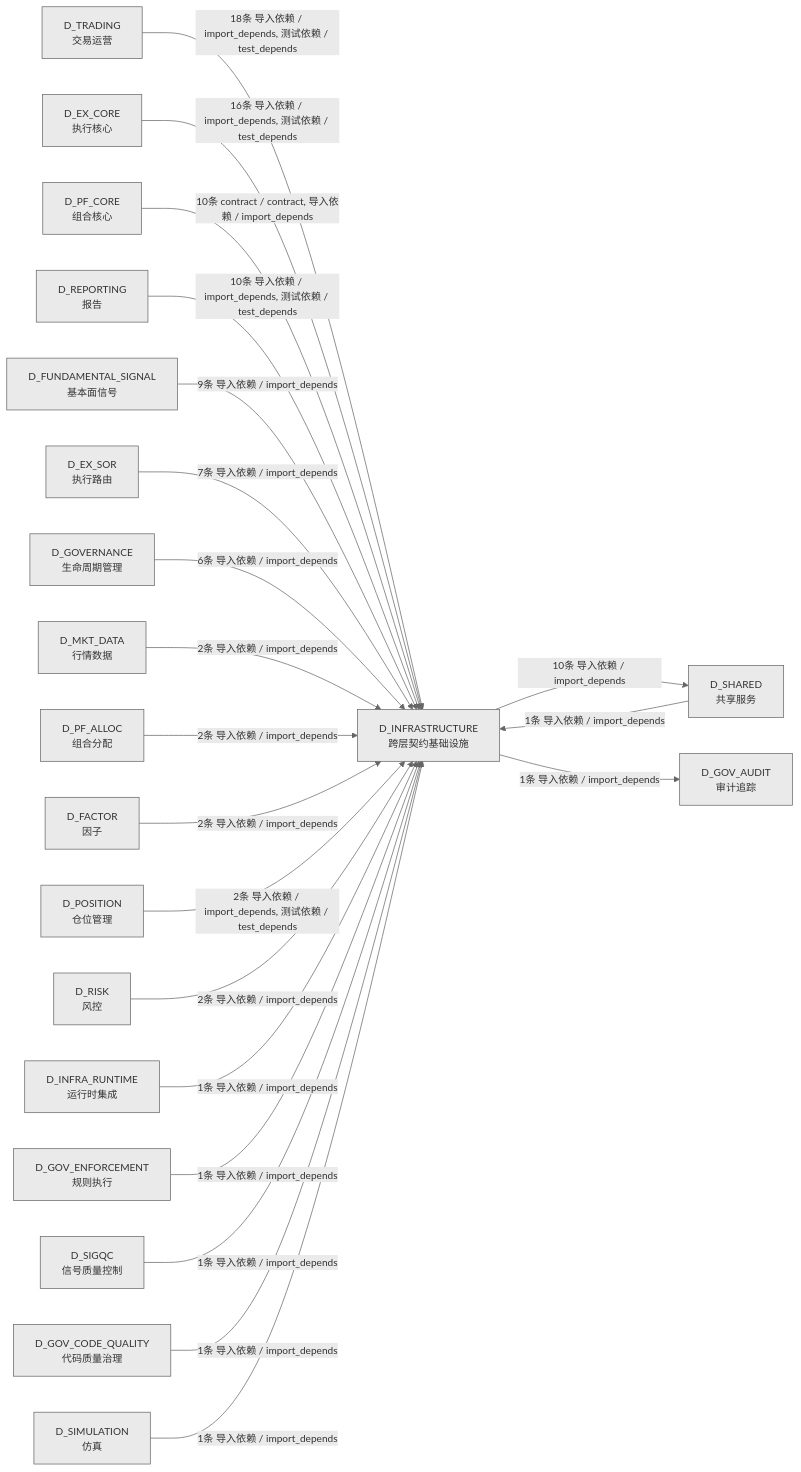
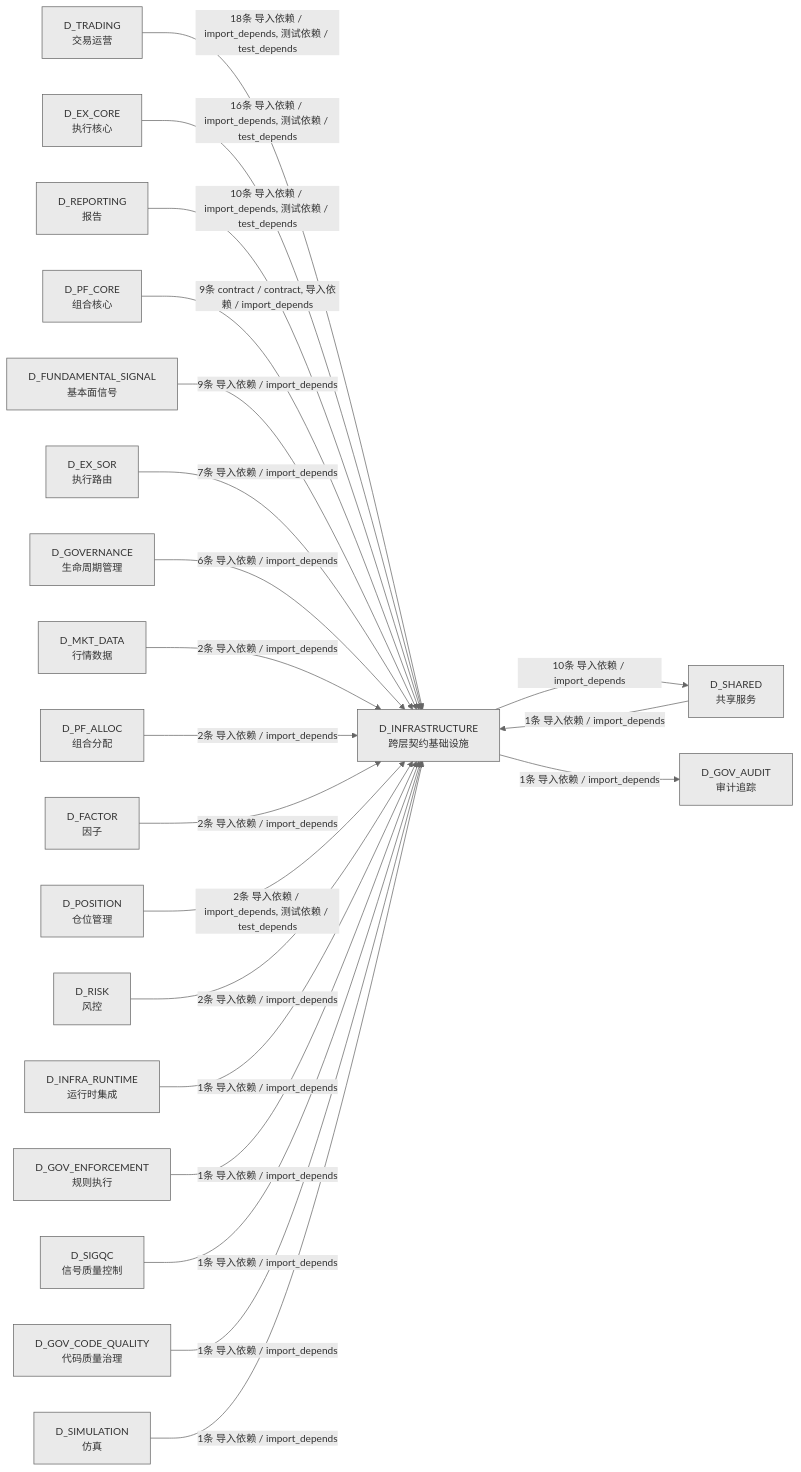
One commit to xuanFelixVan/ZephyrAlpha changed the third of 3 diagrams in docs/02_enterprise_architecture/02_domain_architecture_docs/02_d_infrastructure.md. Above: the diagram before and after it, drawn with Mermaid. The commit also changed other lines of this file and 46 other files, not shown here.

````diff
--- a/docs/02_enterprise_architecture/02_domain_architecture_docs/02_d_infrastructure.md
+++ b/docs/02_enterprise_architecture/02_domain_architecture_docs/02_d_infrastructure.md
@@ -337,44 +338,44 @@
 ```mermaid
 %%{init: {'theme': 'base', 'themeVariables': {'primaryColor': '#eaeaea', 'primaryTextColor': '#333333', 'primaryBorderColor': '#666666', 'lineColor': '#666666', 'secondaryColor': '#eaeaea', 'tertiaryColor': '#eaeaea', 'fontSize': '14px'}}}%%
 graph LR
     D_INFRASTRUCTURE["D_INFRASTRUCTURE<br/>跨层契约基础设施"]
     D_SHARED["D_SHARED<br/>共享服务"]
     D_GOV_AUDIT["D_GOV_AUDIT<br/>审计追踪"]
     D_TRADING["D_TRADING<br/>交易运营"]
     D_EX_CORE["D_EX_CORE<br/>执行核心"]
+    D_REPORTING["D_REPORTING<br/>报告"]
     D_PF_CORE["D_PF_CORE<br/>组合核心"]
-    D_REPORTING["D_REPORTING<br/>报告"]
     D_FUNDAMENTAL_SIGNAL["D_FUNDAMENTAL_SIGNAL<br/>基本面信号"]
     D_EX_SOR["D_EX_SOR<br/>执行路由"]
     D_GOVERNANCE["D_GOVERNANCE<br/>生命周期管理"]
     D_MKT_DATA["D_MKT_DATA<br/>行情数据"]
     D_PF_ALLOC["D_PF_ALLOC<br/>组合分配"]
     D_FACTOR["D_FACTOR<br/>因子"]
     D_POSITION["D_POSITION<br/>仓位管理"]
     D_RISK["D_RISK<br/>风控"]
     D_INFRA_RUNTIME["D_INFRA_RUNTIME<br/>运行时集成"]
     D_GOV_ENFORCEMENT["D_GOV_ENFORCEMENT<br/>规则执行"]
     D_SIGQC["D_SIGQC<br/>信号质量控制"]
     D_GOV_CODE_QUALITY["D_GOV_CODE_QUALITY<br/>代码质量治理"]
     D_SIMULATION["D_SIMULATION<br/>仿真"]
     D_INFRASTRUCTURE -->|10条 导入依赖 / import_depends| D_SHARED
     D_INFRASTRUCTURE -->|1条 导入依赖 / import_depends| D_GOV_AUDIT
     D_TRADING -->|18条 导入依赖 / import_depends, 测试依赖 / test_depends| D_INFRASTRUCTURE
     D_EX_CORE -->|16条 导入依赖 / import_depends, 测试依赖 / test_depends| D_INFRASTRUCTURE
-    D_PF_CORE -->|10条 contract / contract, 导入依赖 / import_depends| D_INFRASTRUCTURE
     D_REPORTING -->|10条 导入依赖 / import_depends, 测试依赖 / test_depends| D_INFRASTRUCTURE
+    D_PF_CORE -->|9条 contract / contract, 导入依赖 / import_depends| D_INFRASTRUCTURE
     D_FUNDAMENTAL_SIGNAL -->|9条 导入依赖 / import_depends| D_INFRASTRUCTURE
     D_EX_SOR -->|7条 导入依赖 / import_depends| D_INFRASTRUCTURE
     D_GOVERNANCE -->|6条 导入依赖 / import_depends| D_INFRASTRUCTURE
     D_MKT_DATA -->|2条 导入依赖 / import_depends| D_INFRASTRUCTURE
     D_PF_ALLOC -->|2条 导入依赖 / import_depends| D_INFRASTRUCTURE
     D_FACTOR -->|2条 导入依赖 / import_depends| D_INFRASTRUCTURE
     D_POSITION -->|2条 导入依赖 / import_depends, 测试依赖 / test_depends| D_INFRASTRUCTURE
     D_RISK -->|2条 导入依赖 / import_depends| D_INFRASTRUCTURE
     D_INFRA_RUNTIME -->|1条 导入依赖 / import_depends| D_INFRASTRUCTURE
     D_GOV_ENFORCEMENT -->|1条 导入依赖 / import_depends| D_INFRASTRUCTURE
     D_SHARED -->|1条 导入依赖 / import_depends| D_INFRASTRUCTURE
     D_SIGQC -->|1条 导入依赖 / import_depends| D_INFRASTRUCTURE
     D_GOV_CODE_QUALITY -->|1条 导入依赖 / import_depends| D_INFRASTRUCTURE
     D_SIMULATION -->|1条 导入依赖 / import_depends| D_INFRASTRUCTURE
 ```
````
